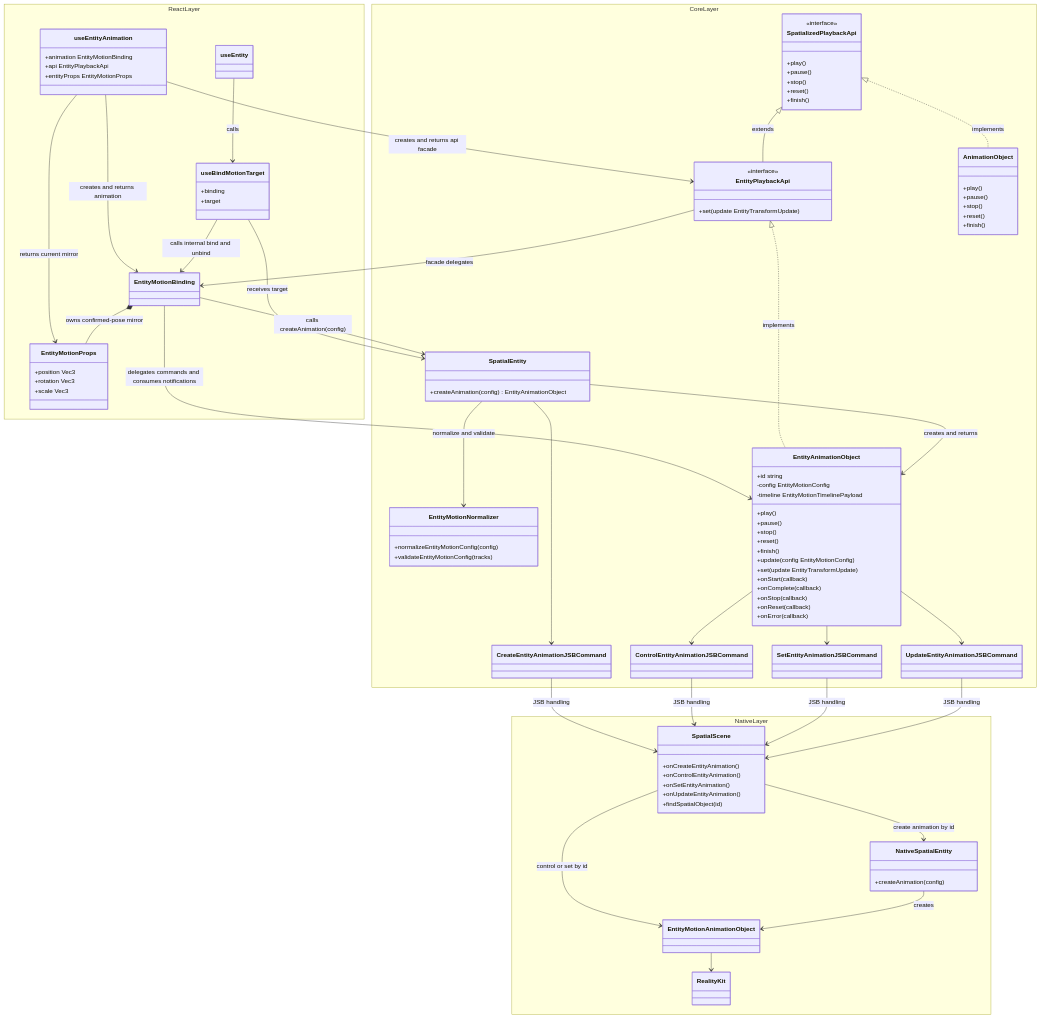
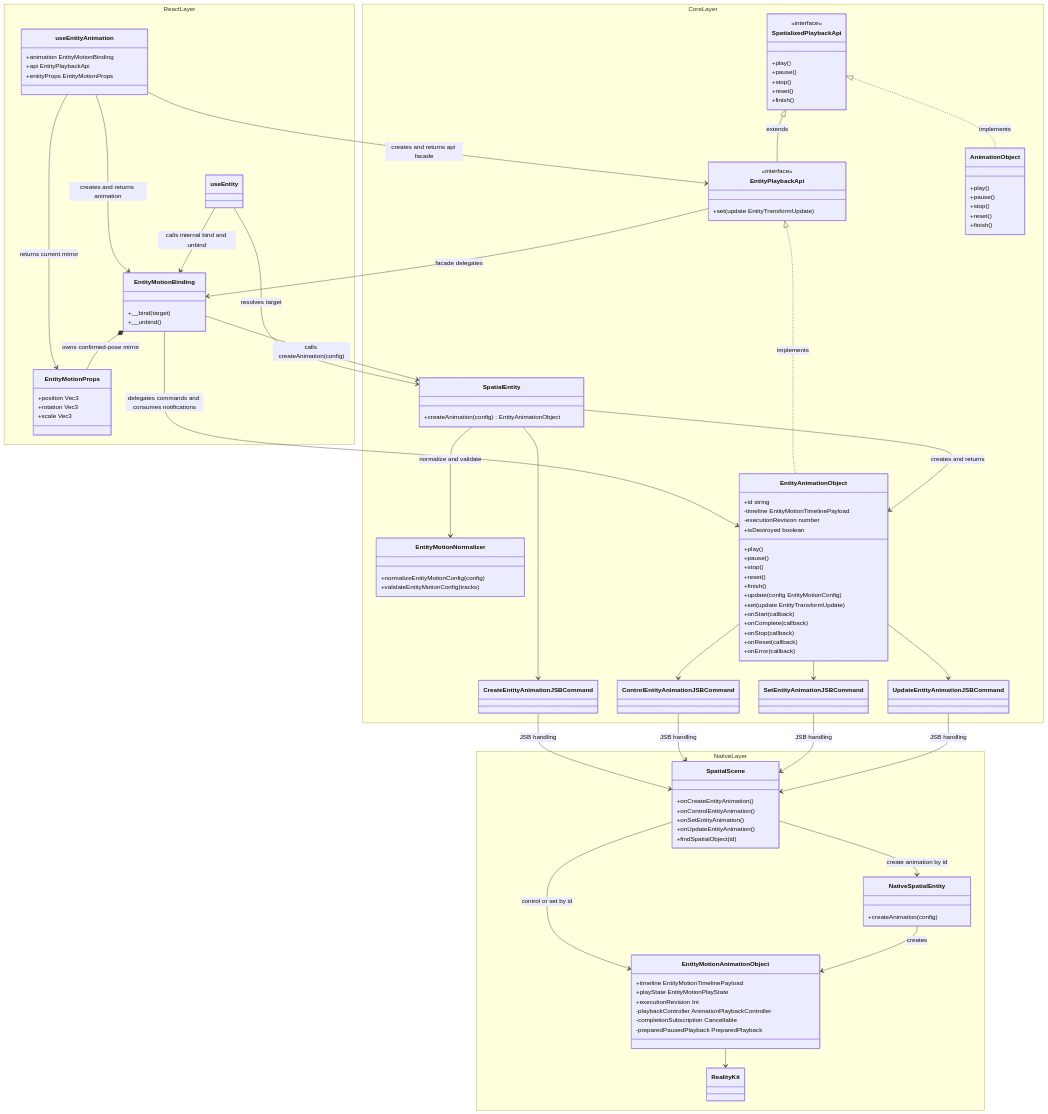
The second of 14 diagrams in openspec/changes/redesign-entity-motion-api/design.md (webspatial/webspatial-sdk), drawn with Mermaid before and after one commit. The commit also changed other lines of this file and 1 other file, not shown here.

Commit message:
docs(entity-motion): align design with final implementation

```diff
--- a/openspec/changes/redesign-entity-motion-api/design.md
+++ b/openspec/changes/redesign-entity-motion-api/design.md
@@ -195,15 +195,14 @@
             +entityProps EntityMotionProps
         }
         class useEntity
-        class EntityMotionBinding
+        class EntityMotionBinding {
+            +__bind(target)
+            +__unbind()
+        }
         class EntityMotionProps {
             +position Vec3
             +rotation Vec3
             +scale Vec3
-        }
-        class useBindMotionTarget {
-            +binding
-            +target
         }
     }
     namespace CoreLayer {
@@ -235,8 +234,9 @@
         }
         class EntityAnimationObject {
             +id string
-            -config EntityMotionConfig
             -timeline EntityMotionTimelinePayload
+            -executionRevision number
+            +isDestroyed boolean
             +play()
             +pause()
             +stop()
@@ -254,7 +254,6 @@
         class ControlEntityAnimationJSBCommand
         class SetEntityAnimationJSBCommand
         class UpdateEntityAnimationJSBCommand
-        class UpdateEntityAnimationJSBCommand
     }
     namespace NativeLayer {
         class SpatialScene {
@@ -267,16 +266,22 @@
         class NativeSpatialEntity {
             +createAnimation(config)
         }
-        class EntityMotionAnimationObject
+        class EntityMotionAnimationObject {
+            +timeline EntityMotionTimelinePayload
+            +playState EntityMotionPlayState
+            +executionRevision Int
+            -playbackController AnimationPlaybackController
+            -completionSubscription Cancellable
+            -preparedPausedPlayback PreparedPlayback
+        }
         class RealityKit
     }
     useEntityAnimation --> EntityMotionBinding : creates and returns animation
     useEntityAnimation --> EntityPlaybackApi : creates and returns api facade
     useEntityAnimation --> EntityMotionProps : returns current mirror
     EntityMotionBinding *-- EntityMotionProps : owns confirmed-pose mirror
-    useEntity --> useBindMotionTarget : calls
-    useBindMotionTarget --> EntityMotionBinding : calls internal bind and unbind
-    useBindMotionTarget --> SpatialEntity : receives target
+    useEntity --> EntityMotionBinding : calls internal bind and unbind
+    useEntity --> SpatialEntity : resolves target
     EntityPlaybackApi --> EntityMotionBinding : facade delegates
     EntityMotionBinding --> SpatialEntity : calls createAnimation(config)
     EntityMotionBinding --> EntityAnimationObject : delegates commands and consumes notifications
```
